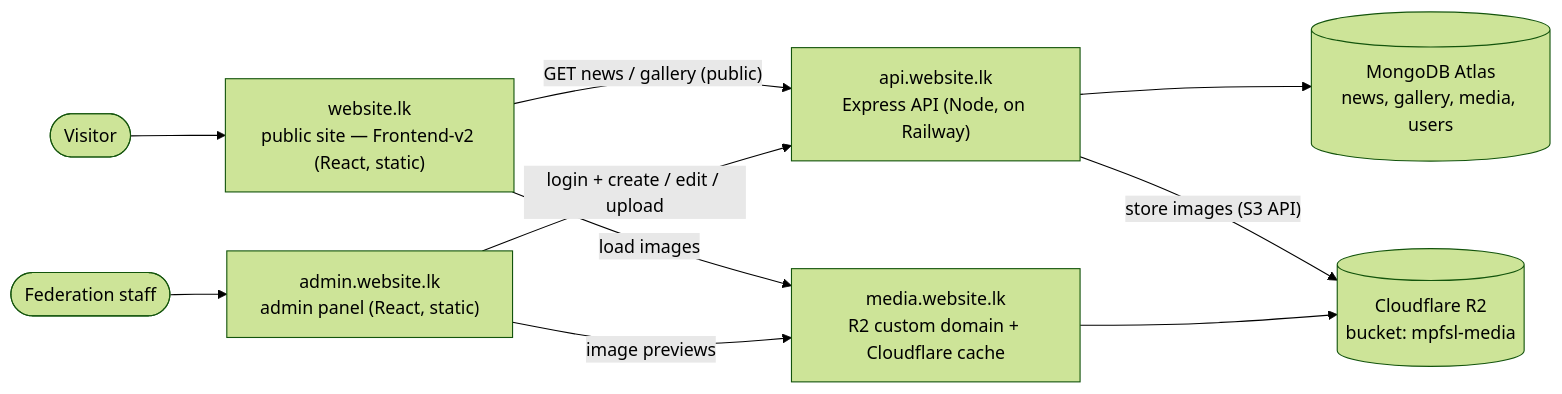
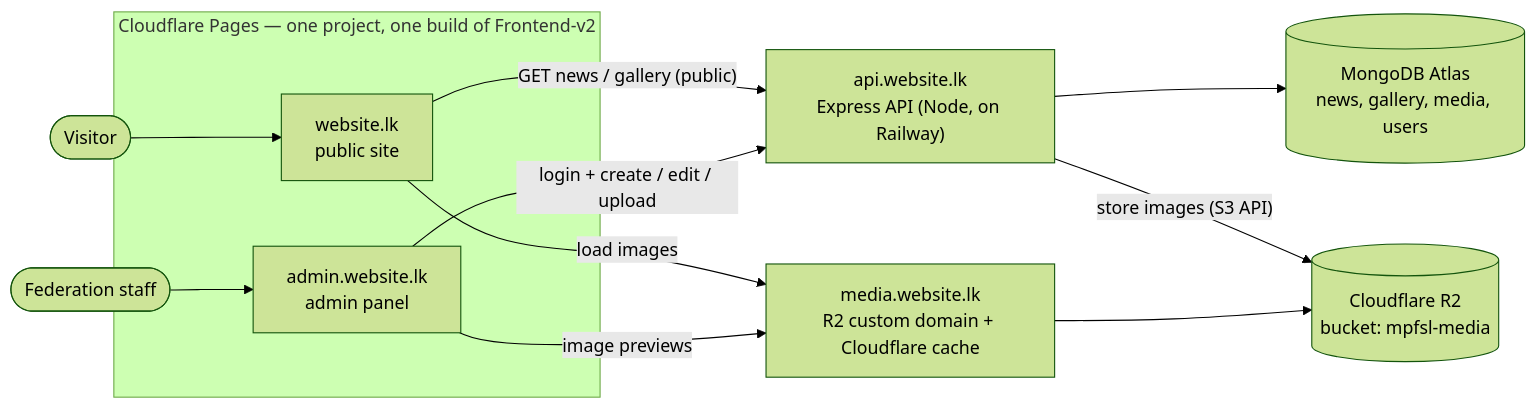
The diagram in documentation/architecture.md (iroshansam78/MPFSL), drawn with Mermaid (forest theme) before and after one commit. The commit also changed other lines of this file and 78 other files, not shown here.

First line of the commit message:
Merge admin panel into Frontend-v2: one frontend for both addresses

````diff
--- a/documentation/architecture.md
+++ b/documentation/architecture.md
@@ -5,16 +5,20 @@
 ```mermaid
 flowchart LR
-  visitor([Visitor]) --> site["website.lk<br/>public site — Frontend-v2 (React, static)"]
-  staff([Federation staff]) --> admin["admin.website.lk<br/>admin panel (React, static)"]
+  visitor([Visitor]) --> site["website.lk<br/>public site"]
+  staff([Federation staff]) --> admin["admin.website.lk<br/>admin panel"]
 
-  site -- "GET news / gallery (public)" --> api["api.website.lk<br/>Express API (Node)"]
+  subgraph pages["Cloudflare Pages — one project, one build of Frontend-v2"]
+    site
+    admin
+  end
+
+  site -- "GET news / gallery (public)" --> api["api.website.lk<br/>Express API (Node, on Railway)"]
   admin -- "login + create / edit / upload" --> api
 
-  api["api.website.lk<br/>Express API (Node, on Railway)"]
   api --> db[("MongoDB Atlas<br/>news, gallery, media, users")]
   api -- "store images (S3 API)" --> r2[("Cloudflare R2<br/>bucket: mpfsl-media")]
 
   site -- "load images" --> cdn["media.website.lk<br/>R2 custom domain + Cloudflare cache"]
   admin -- "image previews" --> cdn
   cdn --> r2
 ```
````
